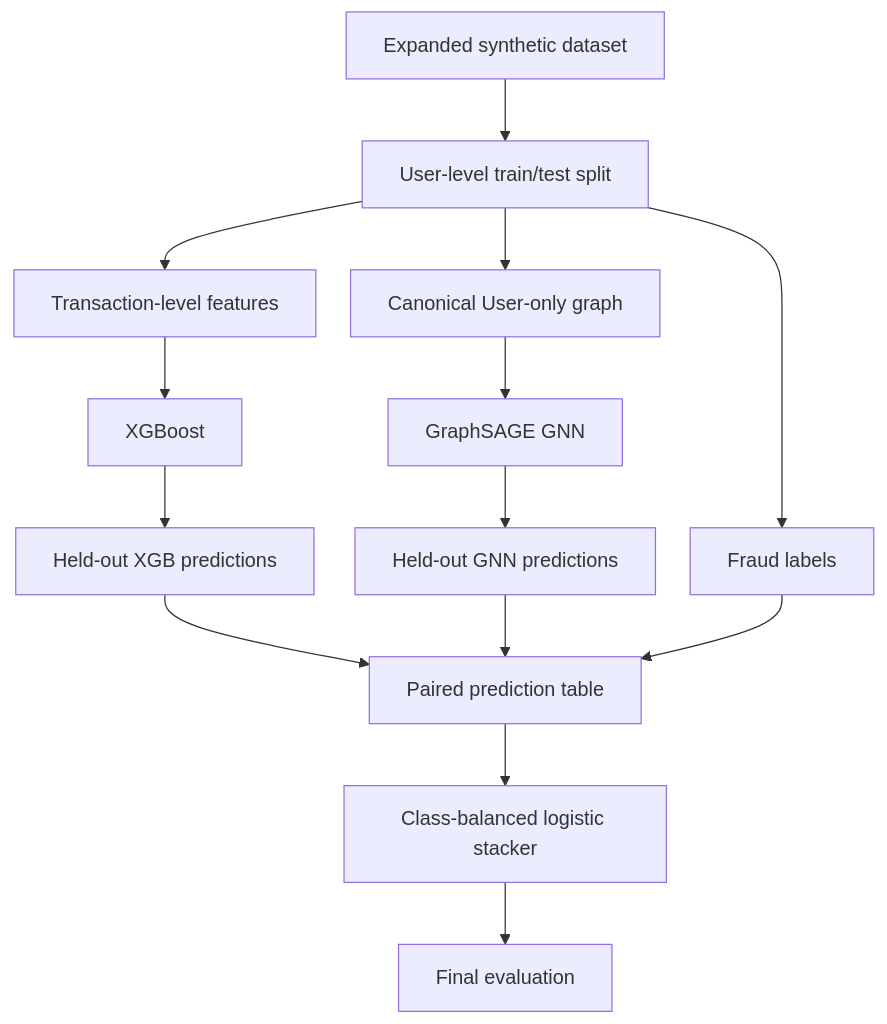
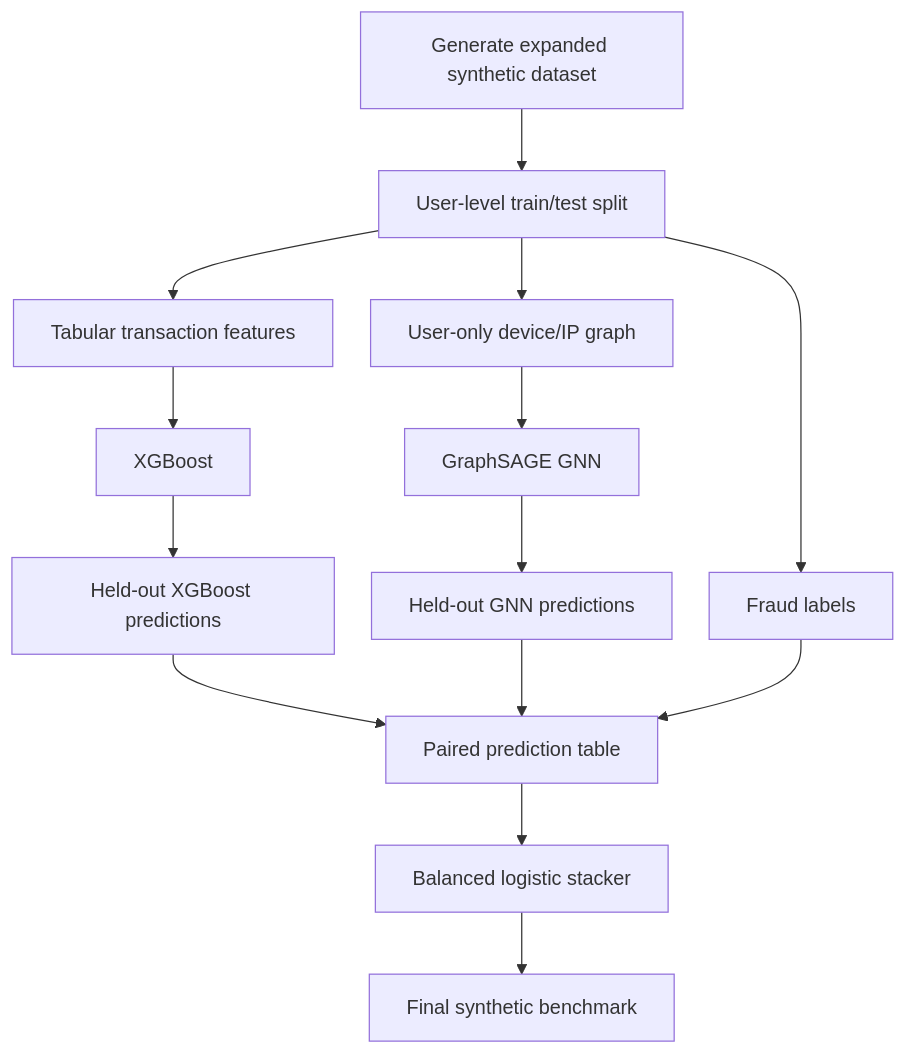
The diagram in docs/diagrams/training-evaluation.mmd (Dikshu015/RazorRisk-Agentic-AI-Payment-Fraud-Risk-Investigation-Platform), drawn with Mermaid before and after one commit. The commit also changed other lines of this file and 7 other files, not shown here.

```diff
--- a/docs/diagrams/training-evaluation.mmd
+++ b/docs/diagrams/training-evaluation.mmd
@@ -1,15 +1,15 @@
-%%{init: {'flowchart': {'nodeSpacing': 28, 'rankSpacing': 50}}}%%
+%%{init: {'flowchart': {'nodeSpacing': 30, 'rankSpacing': 50}}}%%
 flowchart TB
-    D[Expanded synthetic dataset] --> S[User-level train/test split]
-    S --> T[Transaction-level features]
-    S --> G[Canonical User-only graph]
+    D[Generate expanded synthetic dataset] --> S[User-level train/test split]
+    S --> T[Tabular transaction features]
+    S --> G[User-only device/IP graph]
     S --> Y[Fraud labels]
     T --> X[XGBoost]
     G --> GN[GraphSAGE GNN]
-    X --> XO[Held-out XGB predictions]
+    X --> XO[Held-out XGBoost predictions]
     GN --> GO[Held-out GNN predictions]
     XO --> P[Paired prediction table]
     GO --> P
     Y --> P
-    P --> ST[Class-balanced logistic stacker]
-    ST --> E[Final evaluation]
+    P --> ST[Balanced logistic stacker]
+    ST --> E[Final synthetic benchmark]
```
